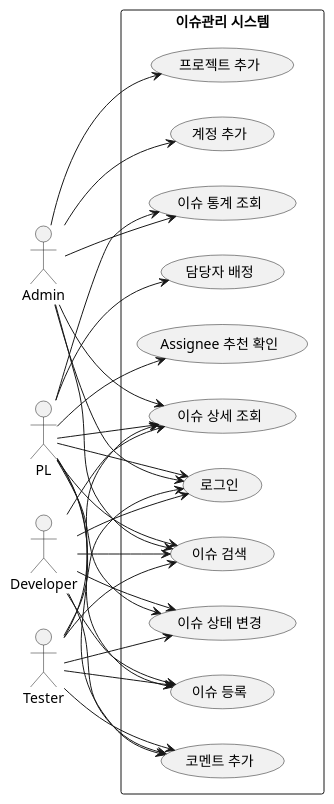
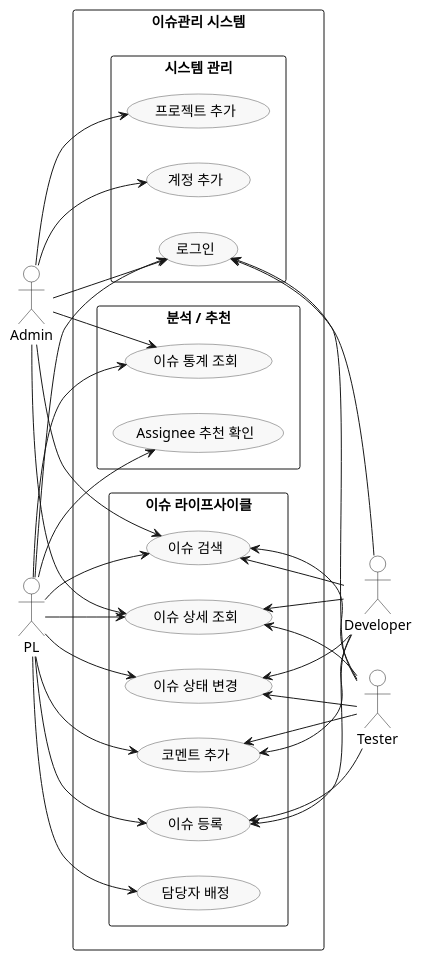
The diagram in docs/uml/ usecase.puml (SoftwareEngineeringTeam10/SE-IssueTrackingSystem), drawn with PlantUML before and after one commit. The commit also changed 1 other file, not shown here.

Commit message:
docs: refine usecase diagram layout

```diff
--- a/docs/uml/ usecase.puml
+++ b/docs/uml/ usecase.puml
@@ -1,69 +1,97 @@
 @startuml
 left to right direction
 skinparam defaultFontName "Malgun Gothic"
 skinparam packageStyle rectangle
+skinparam usecase {
+  BackgroundColor #F8F8F8
+  BorderColor #555555
+}
+skinparam actor {
+  BackgroundColor #FFFFFF
+}
 
+' ===== 액터 좌우 분리 =====
+
+' 왼쪽: 시스템 관리/관리자
 actor Admin
 actor PL
+
+rectangle "이슈관리 시스템" {
+
+  ' --- 시스템 관리 영역 ---
+  package "시스템 관리" {
+    usecase "로그인" as UC01
+    usecase "계정 추가" as UC02
+    usecase "프로젝트 추가" as UC03
+  }
+
+  ' --- 이슈 라이프사이클 영역 ---
+  package "이슈 라이프사이클" {
+    usecase "이슈 등록" as UC04
+    usecase "이슈 검색" as UC05
+    usecase "이슈 상세 조회" as UC06
+    usecase "코멘트 추가" as UC07
+    usecase "담당자 배정" as UC08
+    usecase "이슈 상태 변경" as UC09
+  }
+
+  ' --- 분석/추천 영역 ---
+  package "분석 / 추천" {
+    usecase "이슈 통계 조회" as UC10
+    usecase "Assignee 추천 확인" as UC11
+  }
+}
+
+' 오른쪽: 일반 사용자
 actor Developer
 actor Tester
 
-rectangle "이슈관리 시스템" {
-  usecase "로그인" as UC01
-  usecase "계정 추가" as UC02
-  usecase "프로젝트 추가" as UC03
-  usecase "이슈 등록" as UC04
-  usecase "이슈 검색" as UC05
-  usecase "이슈 상세 조회" as UC06
-  usecase "코멘트 추가" as UC07
-  usecase "담당자 배정" as UC08
-  usecase "이슈 상태 변경" as UC09
-  usecase "이슈 통계 조회" as UC10
-  usecase "Assignee 추천 확인" as UC11
-}
+' ===== 관계 =====
 
 ' 로그인 (전원)
 Admin --> UC01
 PL --> UC01
-Developer --> UC01
-Tester --> UC01
+UC01 <-- Developer
+UC01 <-- Tester
 
 ' Admin 전용
 Admin --> UC02
 Admin --> UC03
 
 ' 이슈 등록 (PL/Dev/Tester)
 PL --> UC04
-Developer --> UC04
-Tester --> UC04
+UC04 <-- Developer
+UC04 <-- Tester
 
 ' 검색/조회 (전원)
 Admin --> UC05
 PL --> UC05
-Developer --> UC05
-Tester --> UC05
+UC05 <-- Developer
+UC05 <-- Tester
+
 Admin --> UC06
 PL --> UC06
-Developer --> UC06
-Tester --> UC06
+UC06 <-- Developer
+UC06 <-- Tester
 
 ' 코멘트 (PL/Dev/Tester)
 PL --> UC07
-Developer --> UC07
-Tester --> UC07
+UC07 <-- Developer
+UC07 <-- Tester
 
 ' PL 전용
 PL --> UC08
 PL --> UC11
 
 ' 상태 변경 (PL/Dev/Tester)
 PL --> UC09
-Developer --> UC09
-Tester --> UC09
+UC09 <-- Developer
+UC09 <-- Tester
 
 ' 통계 (Admin/PL)
 Admin --> UC10
 PL --> UC10
 
 ' include/extend는 5/11 회의에서 함께 결정
+
 @enduml
```
